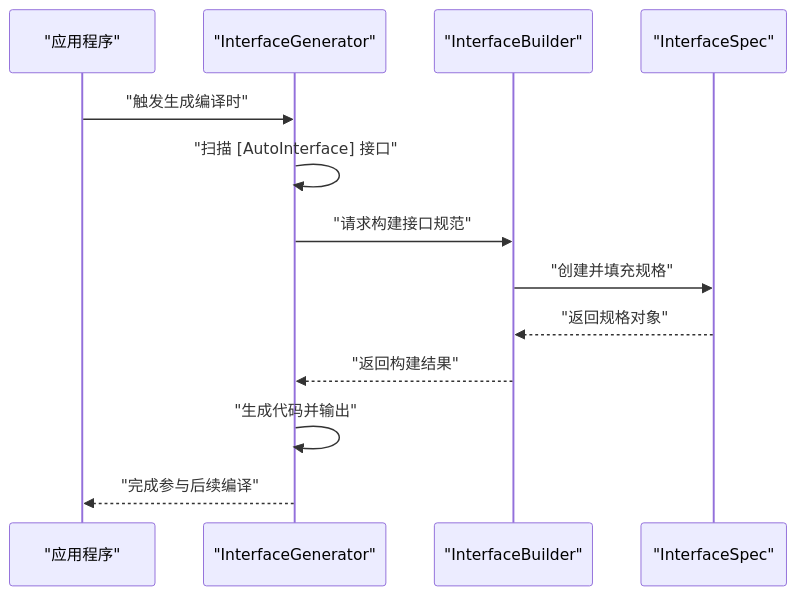
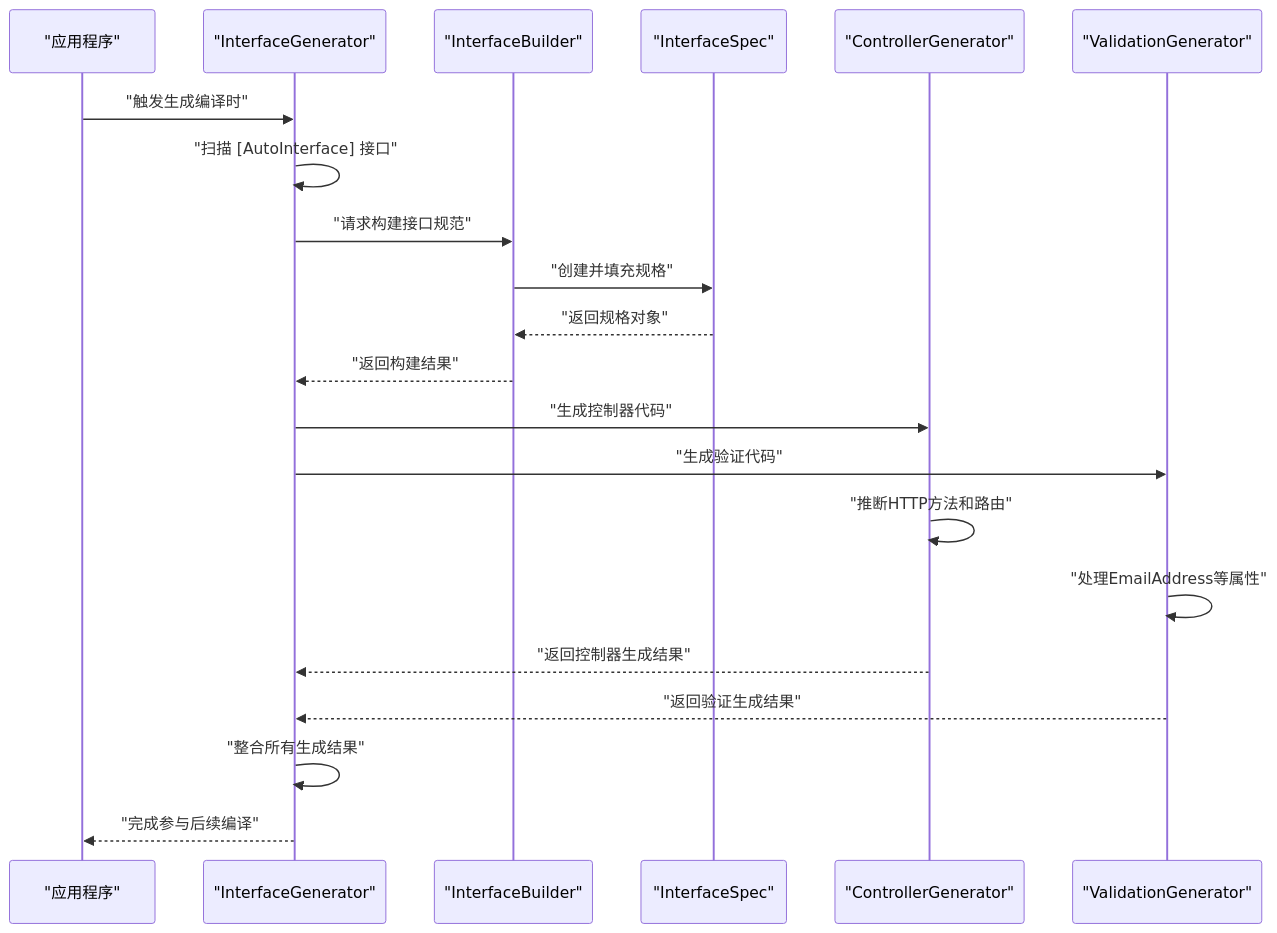
The fourth of 7 diagrams in .qoder/repowiki/zh/content/源代码生成器/源代码生成器.md (alivy/AutoCode), drawn with Mermaid before and after one commit. The commit also changed other lines of this file and 29 other files, not shown here.

````diff
--- a/.qoder/repowiki/zh/content/源代码生成器/源代码生成器.md
+++ b/.qoder/repowiki/zh/content/源代码生成器/源代码生成器.md
@@ -241,15 +311,23 @@
 ```mermaid
 sequenceDiagram
 participant App as "应用程序"
 participant Gen as "InterfaceGenerator"
 participant Bld as "InterfaceBuilder"
 participant Spc as "InterfaceSpec"
+participant Ctrl as "ControllerGenerator"
+participant Val as "ValidationGenerator"
 App->>Gen : "触发生成编译时"
 Gen->>Gen : "扫描 [AutoInterface] 接口"
 Gen->>Bld : "请求构建接口规范"
 Bld->>Spc : "创建并填充规格"
 Spc-->>Bld : "返回规格对象"
 Bld-->>Gen : "返回构建结果"
-Gen->>Gen : "生成代码并输出"
+Gen->>Ctrl : "生成控制器代码"
+Gen->>Val : "生成验证代码"
+Ctrl->>Ctrl : "推断HTTP方法和路由"
+Val->>Val : "处理EmailAddress等属性"
+Ctrl-->>Gen : "返回控制器生成结果"
+Val-->>Gen : "返回验证生成结果"
+Gen->>Gen : "整合所有生成结果"
 Gen-->>App : "完成参与后续编译"
 ```
````
